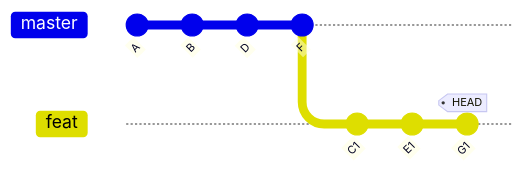
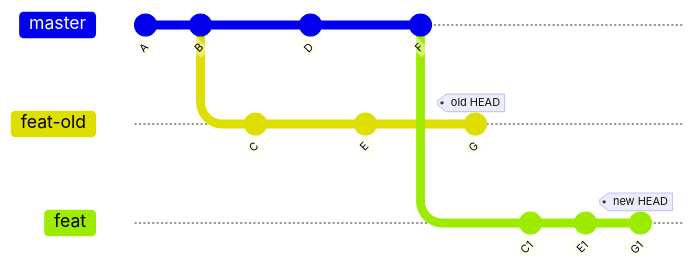
The fourth of 4 diagrams in content/blog/git-usage-merging-en.md (LauYeeYu/homepage), drawn with Mermaid before and after one commit. The commit also changed other lines of this file and 1 other file, not shown here.

````diff
--- a/content/blog/git-usage-merging-en.md
+++ b/content/blog/git-usage-merging-en.md
@@ -157,13 +158,22 @@
 ```mermaid
 %%{init: {'gitGraph': {'mainBranchName': 'master'}} }%%
 gitGraph
 checkout master
   commit id: "A"
   commit id: "B"
+  branch feat-old
+  commit id: "C"
+  checkout master
   commit id: "D"
+  checkout feat-old
+  commit id:"E"
+  checkout master
   commit id: "F"
+  checkout feat-old
+  commit id: "G" tag: "old HEAD"
+  checkout master
   branch feat
   commit id: "C1"
   commit id: "E1"
-  commit id: "G1" tag: "HEAD"
+  commit id: "G1" tag: "new HEAD"
 ```
````
